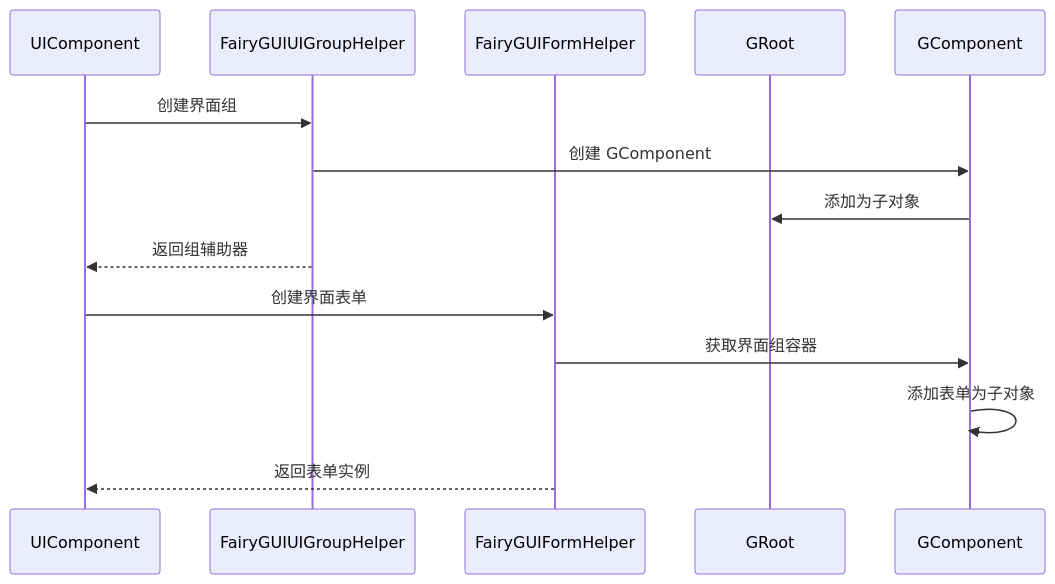
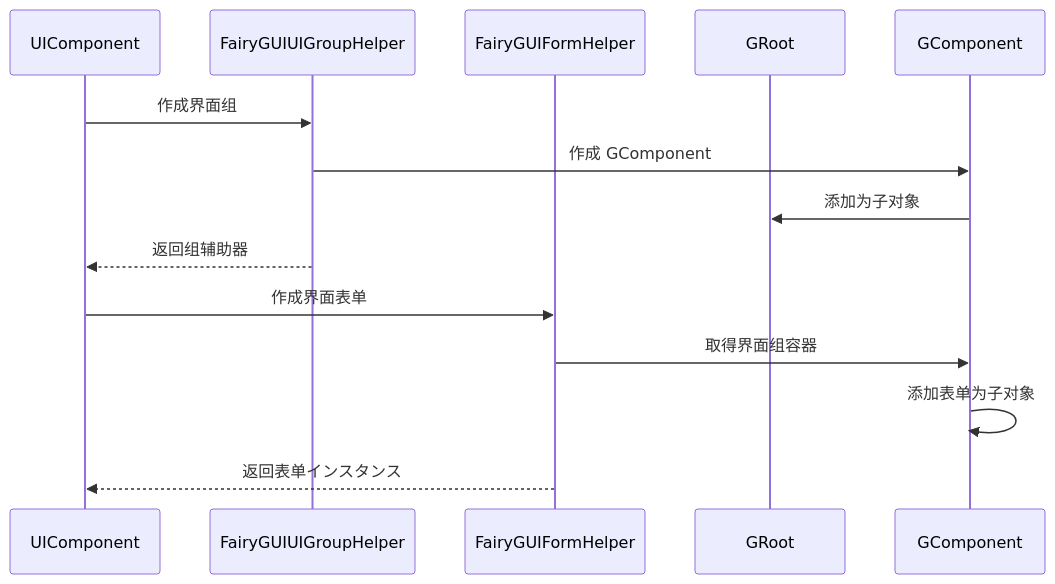
The fourth of 4 diagrams in docs/ja/client/unity/component/ui-fairygui/11.ui-group-helper.md (AlianBlank/GameFrameX.Docs), drawn with Mermaid before and after one commit. The commit also changed other lines of this file and 603 other files, not shown here.

````diff
--- a/docs/ja/client/unity/component/ui-fairygui/11.ui-group-helper.md
+++ b/docs/ja/client/unity/component/ui-fairygui/11.ui-group-helper.md
@@ -157,18 +157,18 @@
 ```mermaid
 sequenceDiagram
     participant UIComp as UIComponent
     participant GroupHelper as FairyGUIUIGroupHelper
     participant FormHelper as FairyGUIFormHelper
     participant GR as GRoot
     participant GC as GComponent
 
-    UIComp->>GroupHelper: 创建界面组
-    GroupHelper->>GC: 创建 GComponent
+    UIComp->>GroupHelper: 作成界面组
+    GroupHelper->>GC: 作成 GComponent
     GC->>GR: 添加为子对象
     GroupHelper-->>UIComp: 返回组辅助器
     
-    UIComp->>FormHelper: 创建界面表单
-    FormHelper->>GC: 获取界面组容器
+    UIComp->>FormHelper: 作成界面表单
+    FormHelper->>GC: 取得界面组容器
     GC->>GC: 添加表单为子对象
-    FormHelper-->>UIComp: 返回表单实例
+    FormHelper-->>UIComp: 返回表单インスタンス
 ```
````
